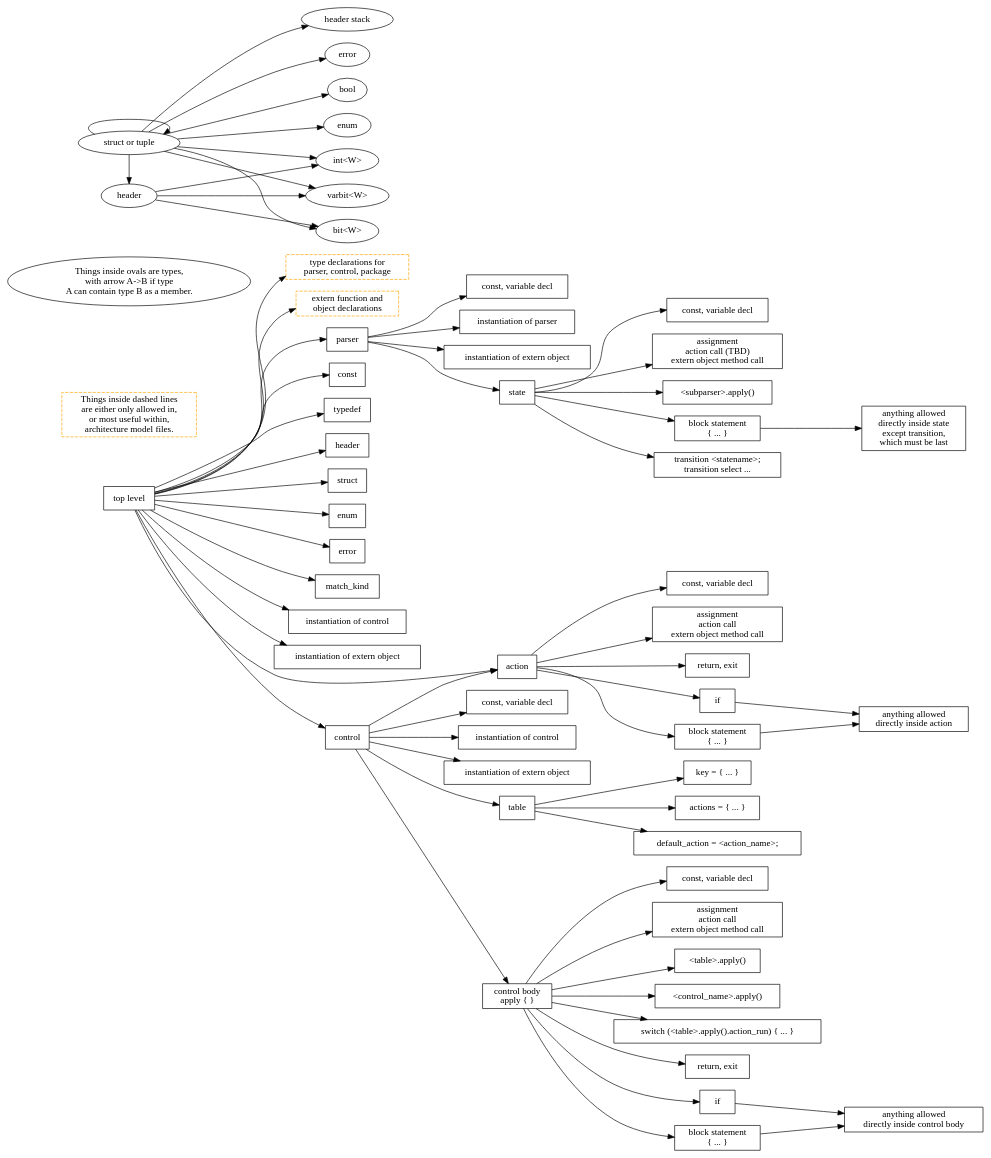
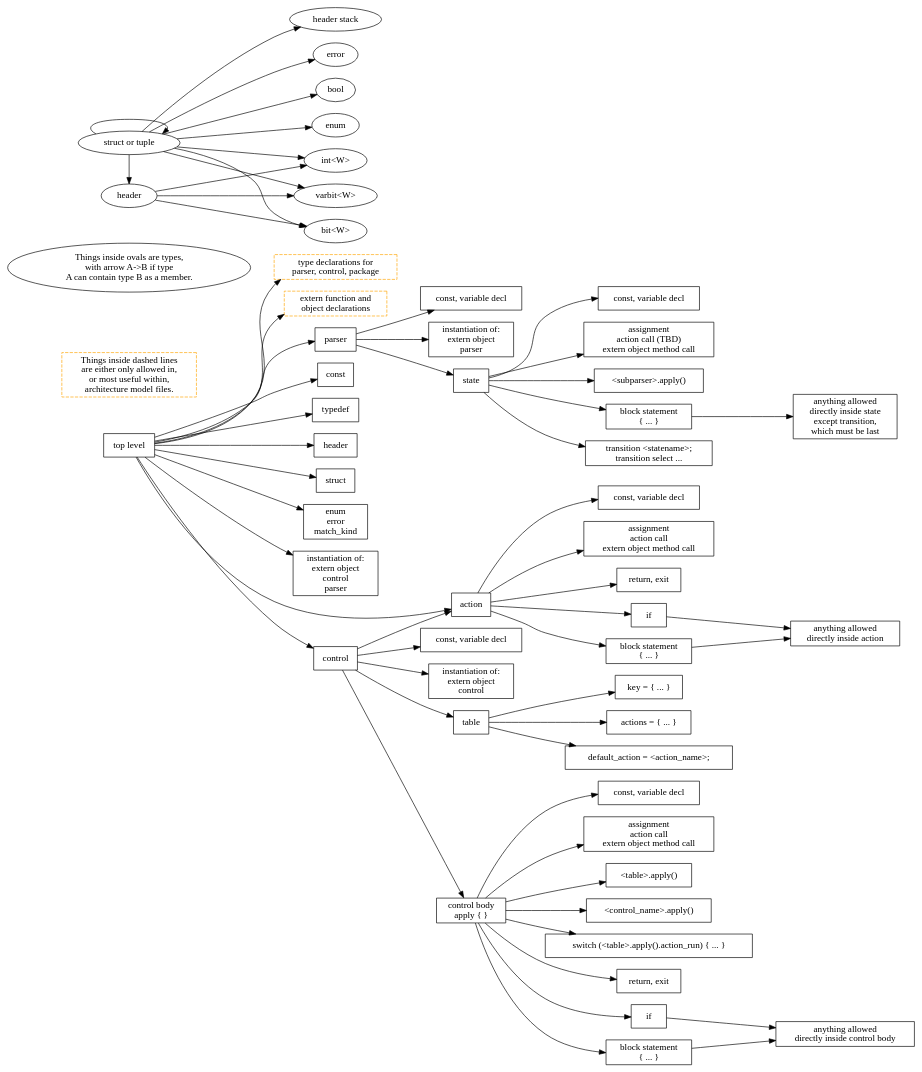
One commit to jafingerhut/p4-guide changed the diagram in p4-16-allowed-constructs.dot. Above: the diagram before and after it, drawn with Graphviz. The commit also changed 3 other files, not shown here.

First line of the commit message:
Correction: compiler currently allows top level parser instantiation

```diff
--- a/p4-16-allowed-constructs.dot
+++ b/p4-16-allowed-constructs.dot
@@ -1,153 +1,143 @@
 digraph p4_16_allowed_construct_nesting {
 
     node [shape=box];
     rankdir=LR;
     
     toplevel [label="top level"];
     legend_bold_orange_box [label="Things inside dashed lines\nare either only allowed in,\nor most useful within,\narchitecture model files." style=dashed color=orange];
 
     toplevel -> typeDeclaration;
     typeDeclaration [label="type declarations for\nparser, control, package" style=dashed color=orange];
     toplevel -> externDeclaration;
     externDeclaration [label="extern function and\n object declarations" style=dashed color=orange];
     toplevel -> parserDeclaration;
     parserDeclaration [label="parser"];
     toplevel -> constantDeclaration1;
     constantDeclaration1 [label="const"];
     toplevel -> typedefDeclaration;
     typedefDeclaration [label="typedef"];
     toplevel -> headerTypeDeclaration;
     headerTypeDeclaration [label="header"];
     toplevel -> structTypeDeclaration;
     structTypeDeclaration [label="struct"];
-    toplevel -> enumDeclaration;
-    enumDeclaration [label="enum"];
-    toplevel -> errorDeclaration;
-    errorDeclaration [label="error"];
-    toplevel -> matchKindDeclaration;
-    matchKindDeclaration [label="match_kind"];
-    toplevel -> controlInstantiation;
-    controlInstantiation [label="instantiation of control"];
-    toplevel -> externObjectInstantiation;
-    externObjectInstantiation [label="instantiation of extern object"];
+    toplevel -> enumErrorMatchKindDeclaration;
+    enumErrorMatchKindDeclaration [label="enum\nerror\nmatch_kind"];
+    toplevel -> Instantiation;
+    Instantiation [label="instantiation of:\nextern object\ncontrol\nparser"];
     toplevel -> actionDeclaration;
     actionDeclaration [label="action"];
     toplevel -> controlDeclaration;
     controlDeclaration [label="control"];
 
     // this is 'parser <name> (<parameters>) { ... }'
     parserDeclaration -> constantOrVariableDeclaration2;
     constantOrVariableDeclaration2 [label="const, variable decl"];
-    parserDeclaration -> parserInstantiation2;
-    parserInstantiation2 [label="instantiation of parser"];
-    parserDeclaration -> externObjectInstantiation2;
-    externObjectInstantiation2 [label="instantiation of extern object"];
+    parserDeclaration -> Instantiation2;
+    Instantiation2 [label="instantiation of:\nextern object\nparser"];
     parserDeclaration -> parserState;
 
     parserState [label="state"];
     parserState -> constantOrVariableDeclaration3;
     constantOrVariableDeclaration3 [label="const, variable decl"];
     parserState -> assignmentActionMethodCallStatement3;
     assignmentActionMethodCallStatement3 [label="assignment\naction call (TBD)\nextern object method call"];
     parserState -> parserApplyCallStatement3;
     parserApplyCallStatement3 [label="<subparser>.apply()"];
     parserState -> blockStatement3;
     blockStatement3 [label="block statement\n{ ... }"];
     blockStatement3 -> blockStatementInParserState;
     blockStatementInParserState [label="anything allowed\ndirectly inside state\nexcept transition,\nwhich must be last"];
     parserState -> transitionStatement;
     transitionStatement [label="transition <statename>;\ntransition select ..."];
 
     controlDeclaration -> constantOrVariableDeclaration4;
     constantOrVariableDeclaration4 [label="const, variable decl"];
-    controlDeclaration -> controlInstantiation4;
-    controlInstantiation4 [label="instantiation of control"];
-    controlDeclaration -> externObjectInstantiation4;
-    externObjectInstantiation4 [label="instantiation of extern object"];
+    controlDeclaration -> Instantiation4;
+    Instantiation4 [label="instantiation of:\nextern object\ncontrol"];
     controlDeclaration -> actionDeclaration;
     controlDeclaration -> tableDeclaration;
     controlDeclaration -> controlBody;
     controlBody [label="control body\napply { }"];
 
     tableDeclaration [label="table"];
     tableDeclaration -> tablePropertyKey;
     tablePropertyKey [label="key = { ... }"];
     tableDeclaration -> tablePropertyActions;
     tablePropertyActions [label="actions = { ... }"];
     tableDeclaration -> tablePropertyDefaultAction;
     tablePropertyDefaultAction [label="default_action = <action_name>;"];
 
     actionDeclaration -> constantOrVariableDeclaration5;
     constantOrVariableDeclaration5 [label="const, variable decl"];
     actionDeclaration -> assignmentActionMethodCallStatement5;
     assignmentActionMethodCallStatement5 [label="assignment\naction call\nextern object method call"];
     actionDeclaration -> returnOrExitStatement5;
     returnOrExitStatement5 [label="return, exit"];
     actionDeclaration -> conditionalStatement5;
     conditionalStatement5 [label="if"];
     conditionalStatement5 -> blockStatementInActionDeclaration;
     actionDeclaration -> blockStatement5;
     blockStatement5 [label="block statement\n{ ... }"];
     blockStatement5 -> blockStatementInActionDeclaration;
     blockStatementInActionDeclaration [label="anything allowed\ndirectly inside action"];
 
     // I am making up actionCallStatement.  It might most closely
     // correspond in P4_16 grammar to assignmentOrMethodCallStatement.
     //actionCallStatement
 
     controlBody -> constantOrVariableDeclaration6;
     constantOrVariableDeclaration6 [label="const, variable decl"];
     controlBody -> assignmentActionMethodCallStatement6;
     assignmentActionMethodCallStatement6 [label="assignment\naction call\nextern object method call"];
     controlBody -> tableApplyCall6;
     tableApplyCall6 [label="<table>.apply()"];
     controlBody -> controlCallStatement6;
     controlCallStatement6 [label="<control_name>.apply()"];
     controlBody -> switchStatement6;
     switchStatement6 [label="switch (<table>.apply().action_run) { ... }"];
     controlBody -> returnOrExitStatement6;
     returnOrExitStatement6 [label="return, exit"];
     controlBody -> conditionalStatement6;
     conditionalStatement6 [label="if"];
     conditionalStatement6 -> blockStatementInControlBody;
     controlBody -> blockStatement6;
     blockStatement6 [label="block statement\n{ ... }"];
     blockStatement6 -> blockStatementInControlBody;
     blockStatementInControlBody [label="anything allowed\ndirectly inside control body"];
 
 
     legend_oval [label="Things inside ovals are types,\nwith arrow A->B if type\nA can contain type B as a member." shape=oval];
 
     {
     rank=same;
     containerHeader [shape=oval label="header"];
     containerStructOrTuple [shape=oval label="struct or tuple"];
     //containerStruct [shape=oval label="struct"];
     //containerTuple [shape=oval label="tuple"];
     }
 
     {
     rank=same;
     elementBitW [shape=oval label="bit<W>"];
     elementIntW [shape=oval label="int<W>"];
     elementVarbitW [shape=oval label="varbit<W>"];
     elementError [shape=oval label="error"];
     elementBool [shape=oval label="bool"];
     elementEnum [shape=oval label="enum"];
     elementHeaderStack [shape=oval label="header stack"];
     }
 
     containerHeader -> elementBitW;
     containerHeader -> elementIntW;
     containerHeader -> elementVarbitW;
 
     containerStructOrTuple -> elementBitW;
     containerStructOrTuple -> elementIntW;
     containerStructOrTuple -> elementVarbitW;
     containerStructOrTuple -> elementError;
     containerStructOrTuple -> elementBool;
     containerStructOrTuple -> elementEnum;
     containerStructOrTuple -> containerHeader;
     containerStructOrTuple -> elementHeaderStack;
     containerStructOrTuple -> containerStructOrTuple;
 }
```
